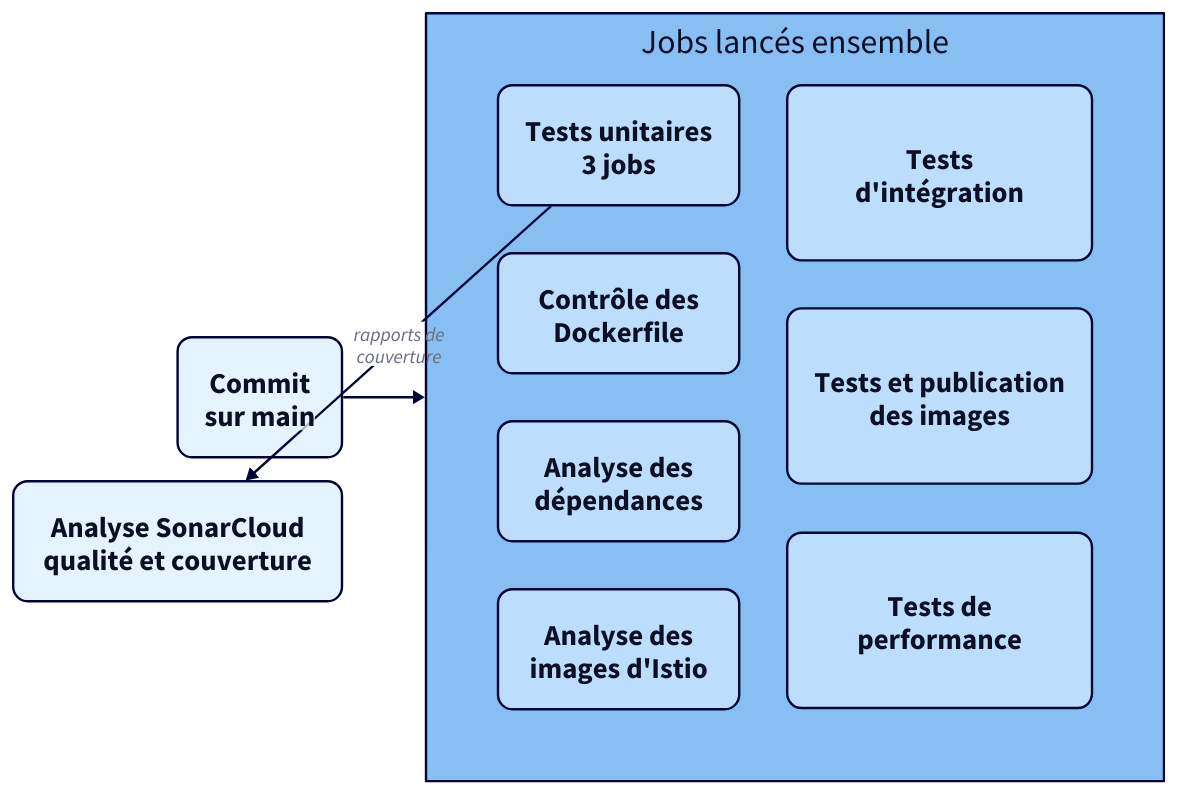
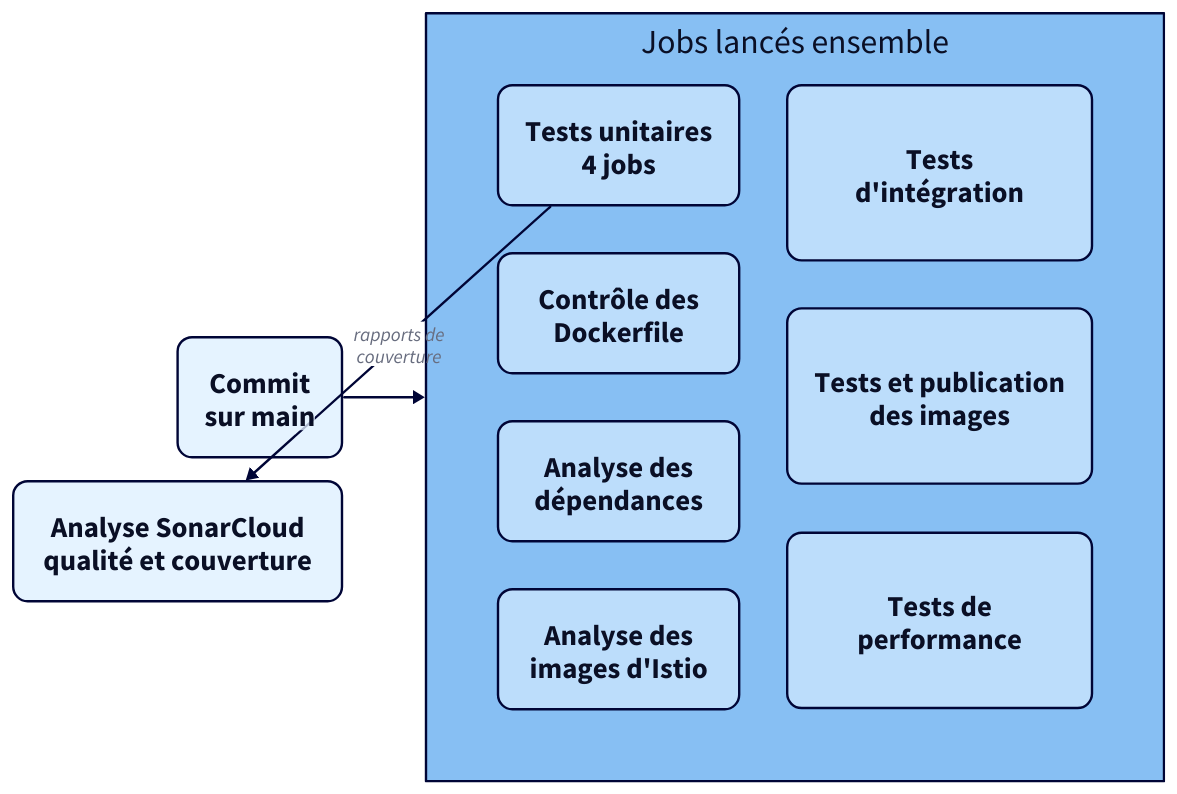
Before and after one commit to kitaah/pme: the diagram in docs/pipeline/index.md, drawn with D2. The commit also changed other lines of this file and 17 other files, not shown here.

````diff
--- a/docs/pipeline/index.md
+++ b/docs/pipeline/index.md
@@ -57,38 +57,38 @@
 ```d2
 vars: {
   d2-config: {
     layout-engine: elk
     theme-id: 5
     pad: 8
   }
 }
 direction: right
 
 # Mise en forme commune : texte lisible à la largeur de la page, angles arrondis
 classes: {
   boite: {
     style: {
       font-size: 24
       border-radius: 12
     }
   }
 }
 
 commit: "Commit\nsur main" {class: boite}
 
 jobs: "Jobs lancés ensemble" {
   grid-columns: 2
-  unitaires: "Tests unitaires\n3 jobs" {class: boite}
+  unitaires: "Tests unitaires\n4 jobs" {class: boite}
   hadolint: "Contrôle des\nDockerfile" {class: boite}
   dependances: "Analyse des\ndépendances" {class: boite}
   istio: "Analyse des\nimages d'Istio" {class: boite}
   integration: "Tests\nd'intégration" {class: boite}
   images: "Tests et publication\ndes images" {class: boite}
   performance: "Tests de\nperformance" {class: boite}
 }
 
 sonar: "Analyse SonarCloud\nqualité et couverture" {class: boite}
 
 commit -> jobs
 jobs.unitaires -> sonar: "rapports de\ncouverture"
 ```
````
